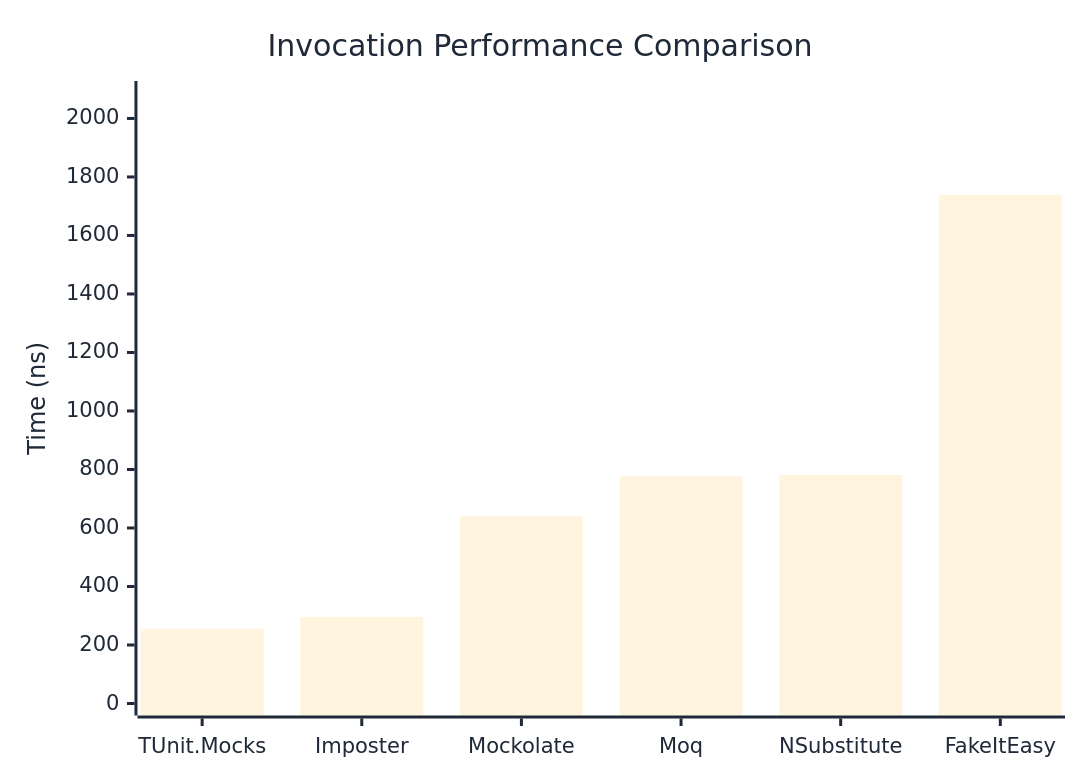
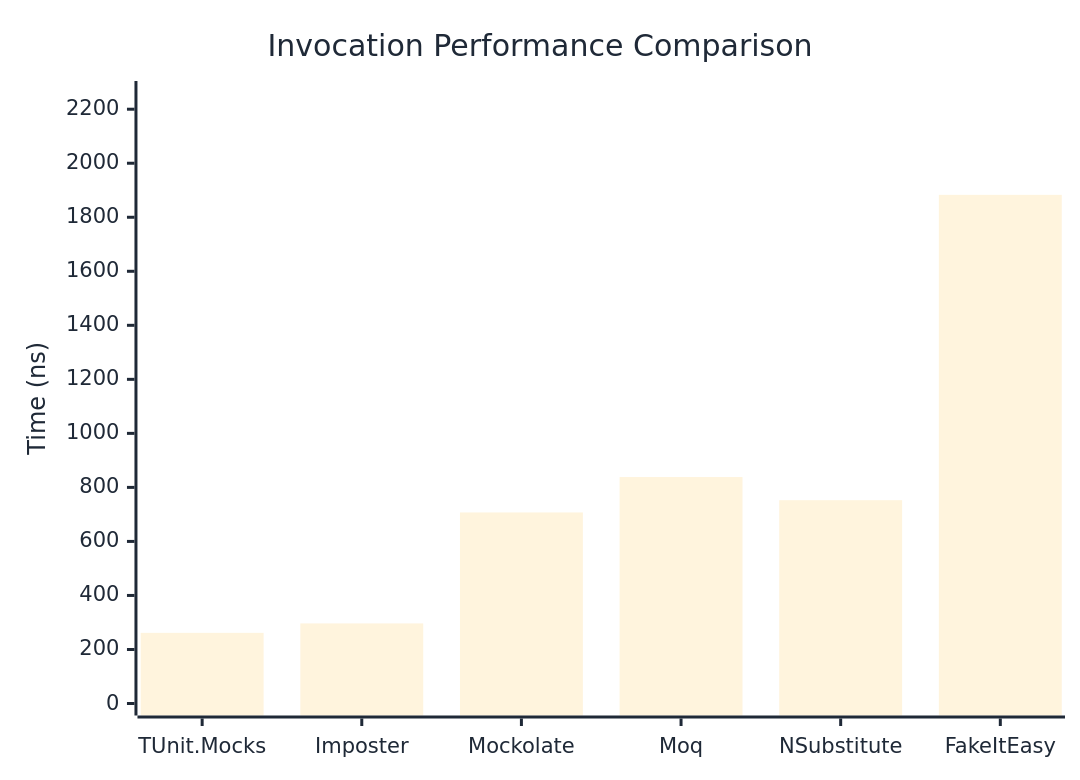
Before and after one commit to thomhurst/TUnit: the first of 3 diagrams in docs/docs/benchmarks/mocks/Invocation.md, drawn with Mermaid. The commit also changed other lines of this file and 14 other files, not shown here.

````diff
--- a/docs/docs/benchmarks/mocks/Invocation.md
+++ b/docs/docs/benchmarks/mocks/Invocation.md
@@ -28,27 +28,27 @@
 ```mermaid
 %%{init: {
   'theme':'base',
   'themeVariables': {
     'primaryColor': '#2563eb',
     'primaryTextColor': '#1f2937',
     'primaryBorderColor': '#1e40af',
     'lineColor': '#6b7280',
     'secondaryColor': '#7c3aed',
     'tertiaryColor': '#dc2626',
     'background': '#ffffff',
     'pie1': '#2563eb',
     'pie2': '#7c3aed',
     'pie3': '#dc2626',
     'pie4': '#f59e0b',
     'pie5': '#10b981',
     'pie6': '#06b6d4',
     'pie7': '#ec4899',
     'pie8': '#6366f1'
   }
 }}%%
 xychart-beta
   title "Invocation Performance Comparison"
   x-axis ["TUnit.Mocks", "Imposter", "Mockolate", "Moq", "NSubstitute", "FakeItEasy"]
-  y-axis "Time (ns)" 0 --> 2087
-  bar [255.7, 295.6, 639.4, 776.3, 781.1, 1739.1]
+  y-axis "Time (ns)" 0 --> 2260
+  bar [261.5, 296.5, 707.3, 838.3, 752.6, 1883]
 ```
````
